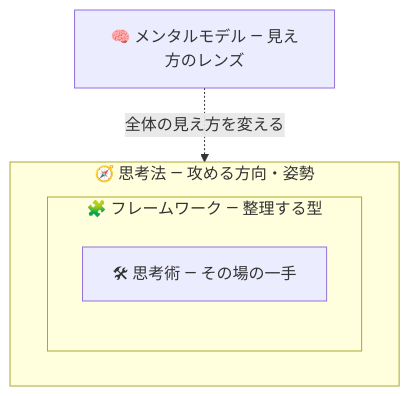
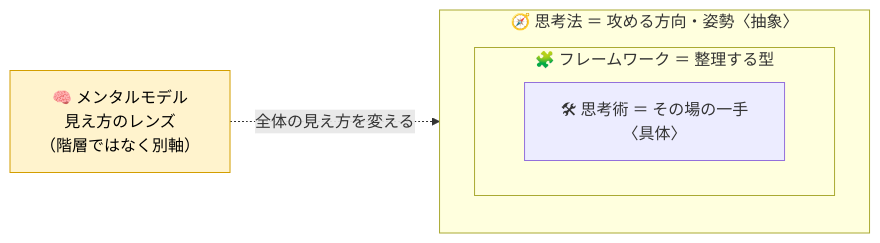
One commit to snamiki1212/awesome-thinking changed the diagram in README.md. Above: the diagram before and after it, drawn with Mermaid. The commit also changed other lines of this file and 1 other file, not shown here.

Commit message:
関係図を改善: メンタルモデルの別軸性を明示
縦積みで4層に誤読されるのを防ぐため、メンタルモデルを横に分離・着色し
「階層ではなく別軸」と明記。入れ子3つには〈抽象〉→〈具体〉の向きを添えた。
taxonomyにはADR(no-layer-numbering)への参照も追記。

````diff
--- a/README.md
+++ b/README.md
@@ -19,10 +19,12 @@
 ```mermaid
-flowchart TB
-    subgraph M["🧭 思考法 — 攻める方向・姿勢"]
-        subgraph F["🧩 フレームワーク — 整理する型"]
-            S["🛠 思考術 — その場の一手"]
+flowchart LR
+    L["🧠 メンタルモデル<br/>見え方のレンズ<br/>（階層ではなく別軸）"]
+    subgraph M["🧭 思考法 ＝ 攻める方向・姿勢〈抽象〉"]
+        direction TB
+        subgraph F["🧩 フレームワーク ＝ 整理する型"]
+            S["🛠 思考術 ＝ その場の一手〈具体〉"]
         end
     end
-    L["🧠 メンタルモデル — 見え方のレンズ"]
     L -. 全体の見え方を変える .-> M
+    style L fill:#fff3cd,stroke:#d39e00,color:#000
 ```
````
